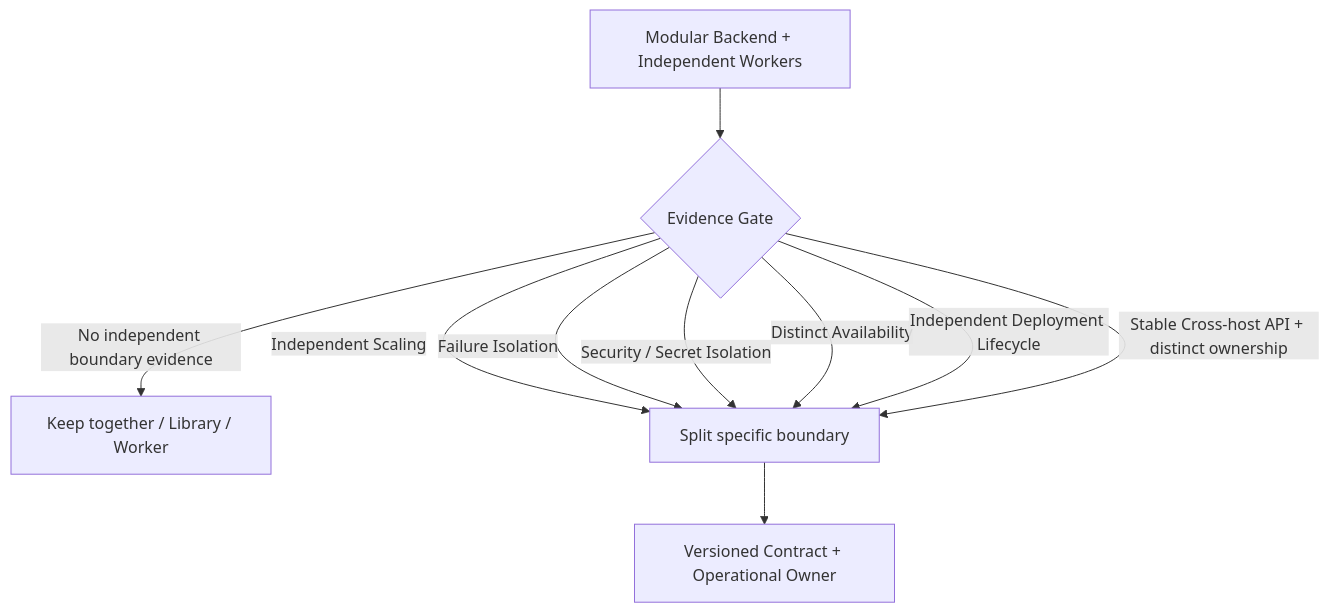
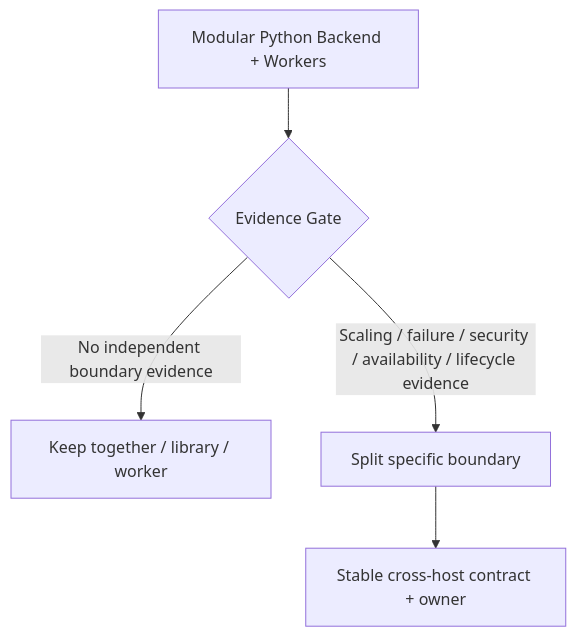
The ninth of 14 diagrams in docs/architecture/architecture-views.md (ProfessorZhi/Zuno), drawn with Mermaid before and after one commit. The commit also changed other lines of this file and 14 other files, not shown here.

Commit message:
docs: apply round 02 architecture revision

````diff
--- a/docs/architecture/architecture-views.md
+++ b/docs/architecture/architecture-views.md
@@ -172,12 +151,7 @@
 ```mermaid
 flowchart TB
-  START[Modular Backend + Independent Workers] --> GATE{Evidence Gate}
-  GATE -->|No independent boundary evidence| KEEP[Keep together / Library / Worker]
-  GATE -->|Independent Scaling| SPLIT[Split specific boundary]
-  GATE -->|Failure Isolation| SPLIT
-  GATE -->|Security / Secret Isolation| SPLIT
-  GATE -->|Distinct Availability| SPLIT
-  GATE -->|Independent Deployment Lifecycle| SPLIT
-  GATE -->|Stable Cross-host API + distinct ownership| SPLIT
-  SPLIT --> CONTRACT[Versioned Contract + Operational Owner]
+  START[Modular Python Backend + Workers] --> GATE{Evidence Gate}
+  GATE -->|No independent boundary evidence| KEEP[Keep together / library / worker]
+  GATE -->|Scaling / failure / security / availability / lifecycle evidence| SPLIT[Split specific boundary]
+  SPLIT --> CONTRACT[Stable cross-host contract + owner]
 ```
````
